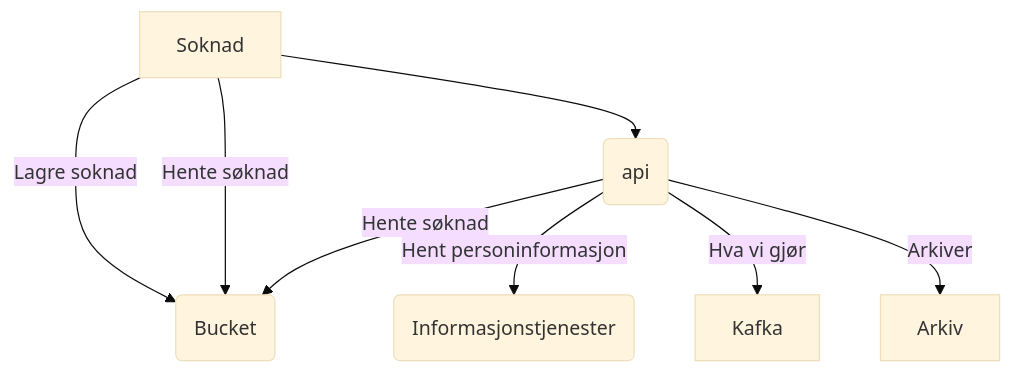
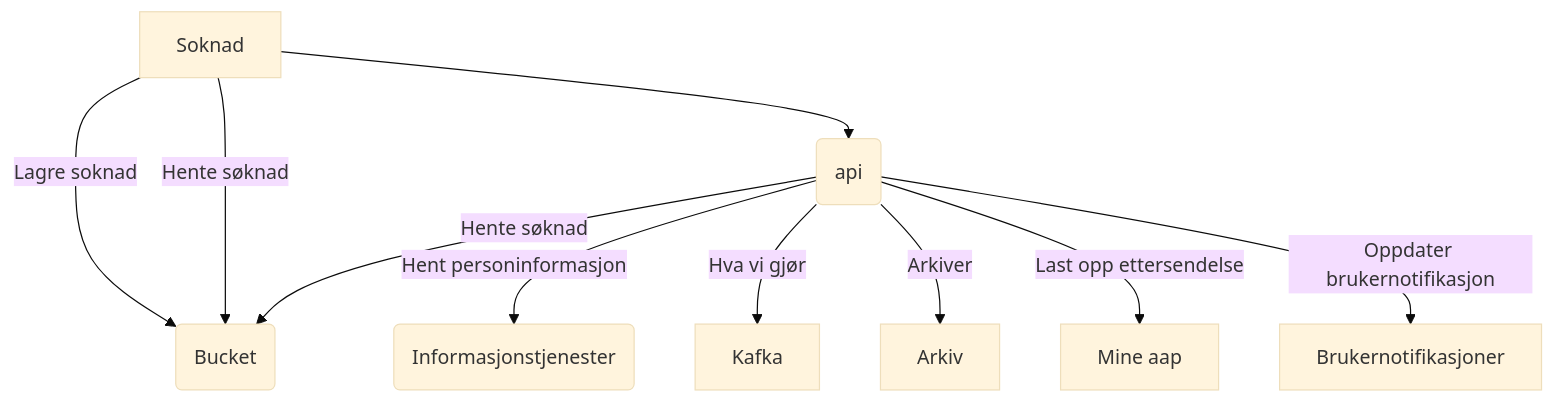
One commit to navikt/aap-intern-sysdok changed the diagram in dokumentasjon/docs/systemkontakts.md. Above: the diagram before and after it, drawn with Mermaid (base theme).

Commit message:
Oppdattert systemkontekst

````diff
--- a/dokumentasjon/docs/systemkontakts.md
+++ b/dokumentasjon/docs/systemkontakts.md
@@ -2,10 +2,12 @@
 ```mermaid
     graph TD
     A[Soknad] -->|Lagre soknad| B(Bucket)
     A -->|Hente søknad| B
     A --> C(api)
 C -->|Hente søknad| B
 C -->|Hent personinformasjon| D(Informasjonstjenester)
 C -->|Hva vi gjør| E[Kafka]
 C -->|Arkiver| F[Arkiv]
+C -->|Last opp ettersendelse| G[Mine aap]
+C -->|Oppdater brukernotifikasjon| H[Brukernotifikasjoner]
 ```
````
